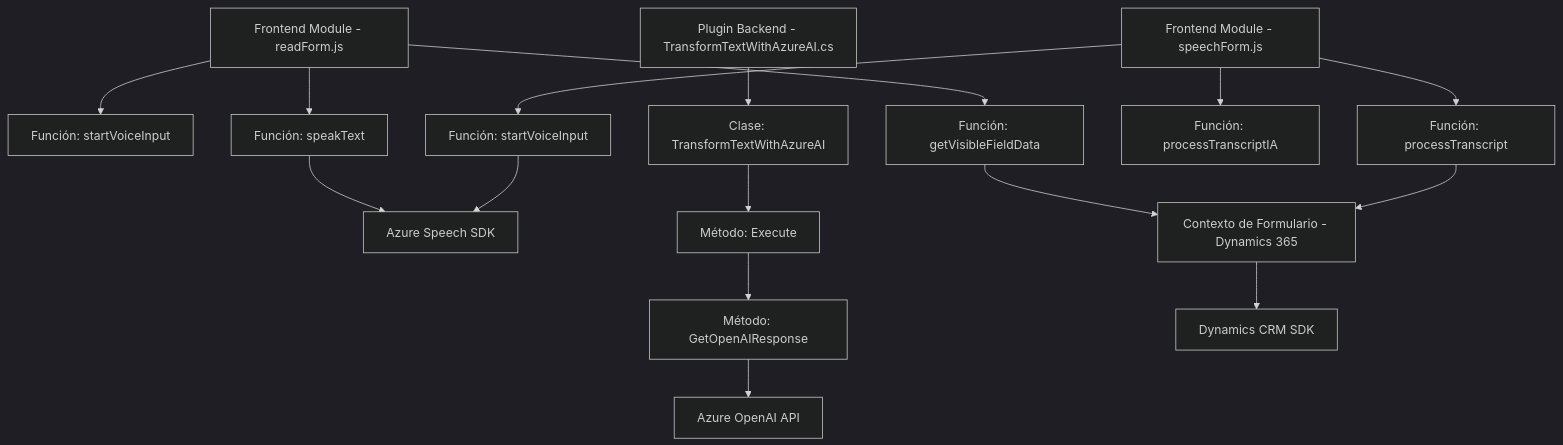
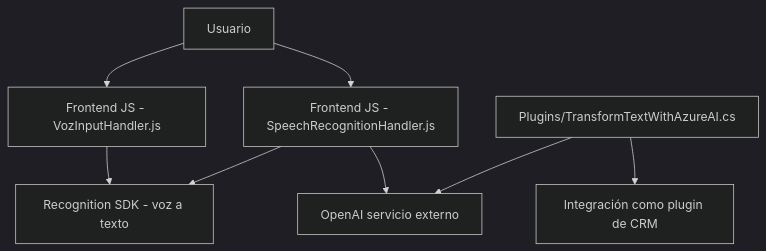
The diagram in README.md (blopezdm/NETCORE_BILBAO2025), drawn with Mermaid (dark theme) before and after one commit. The commit also changed other lines of this file, not shown here.

````diff
--- a/README.md
+++ b/README.md
@@ -46,21 +47,21 @@
 ```mermaid
 graph TD
-    A["Frontend Module - readForm.js"] --> B["Función: startVoiceInput"]
-    A --> C["Función: speakText"]
-    A --> D["Función: getVisibleFieldData"]
-    C --> E["Azure Speech SDK"]
-    D --> F["Contexto de Formulario - Dynamics 365"]
+    A["Usuario"]
+    B["Frontend JS - VozInputHandler.js"]
+    C["Frontend JS - SpeechRecognitionHandler.js"]
+    D["Plugins/TransformTextWithAzureAI.cs"]
+    E["Azure Speech SDK"]
+    F["Azure OpenAI"]
+    G["Dynamics CRM"]
 
-    G["Frontend Module - speechForm.js"] --> H["Función: startVoiceInput"]
-    G --> I["Función: processTranscript"]
-    G --> J["Función: processTranscriptIA"]
-    I --> F
-    H --> E
-
-    K["Plugin Backend - TransformTextWithAzureAI.cs"] --> L["Clase: TransformTextWithAzureAI"]
-    L --> M["Método: Execute"]
-    M --> N["Método: GetOpenAIResponse"]
-    N --> O["Azure OpenAI API"]
-
-    F --> P["Dynamics CRM SDK"]
+    A --> B
+    A --> C
+    
+    B --> E["Synthesis SDK - texto a voz"]
+    C --> E["Recognition SDK - voz a texto"]
+    
+    C --> F["API personalizada IA"]
+    
+    D --> G["Integración como plugin de CRM"]
+    D --> F["OpenAI servicio externo"]
 ```
````
